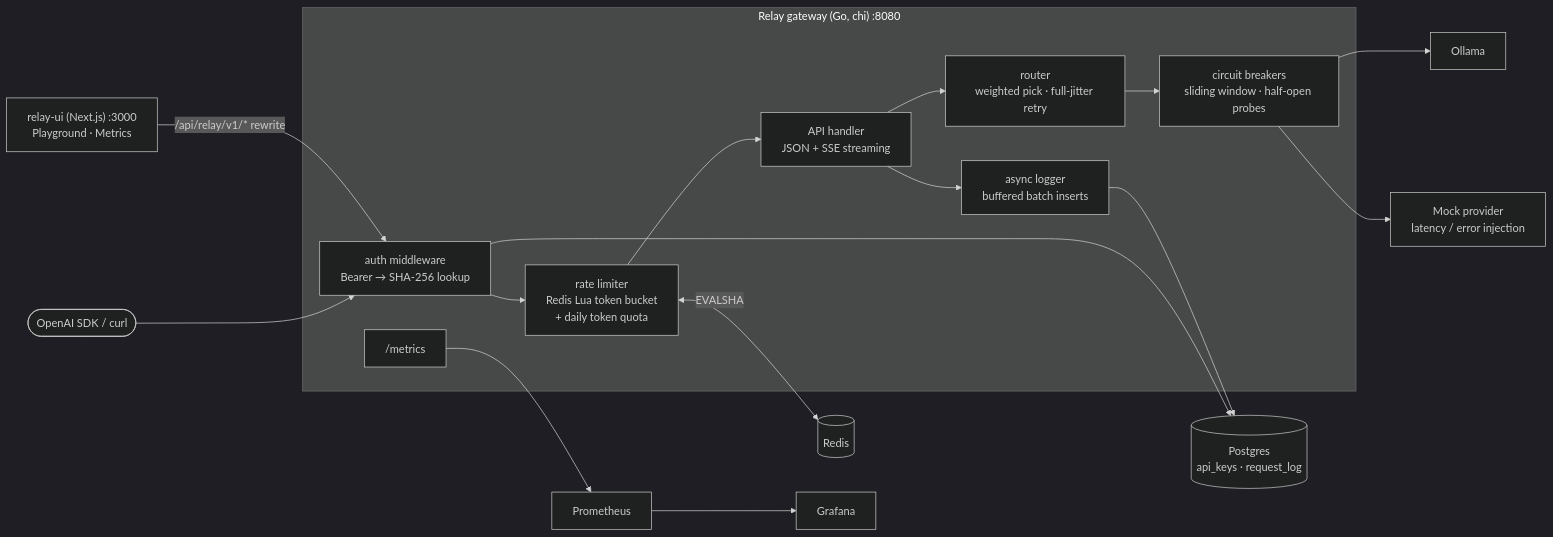
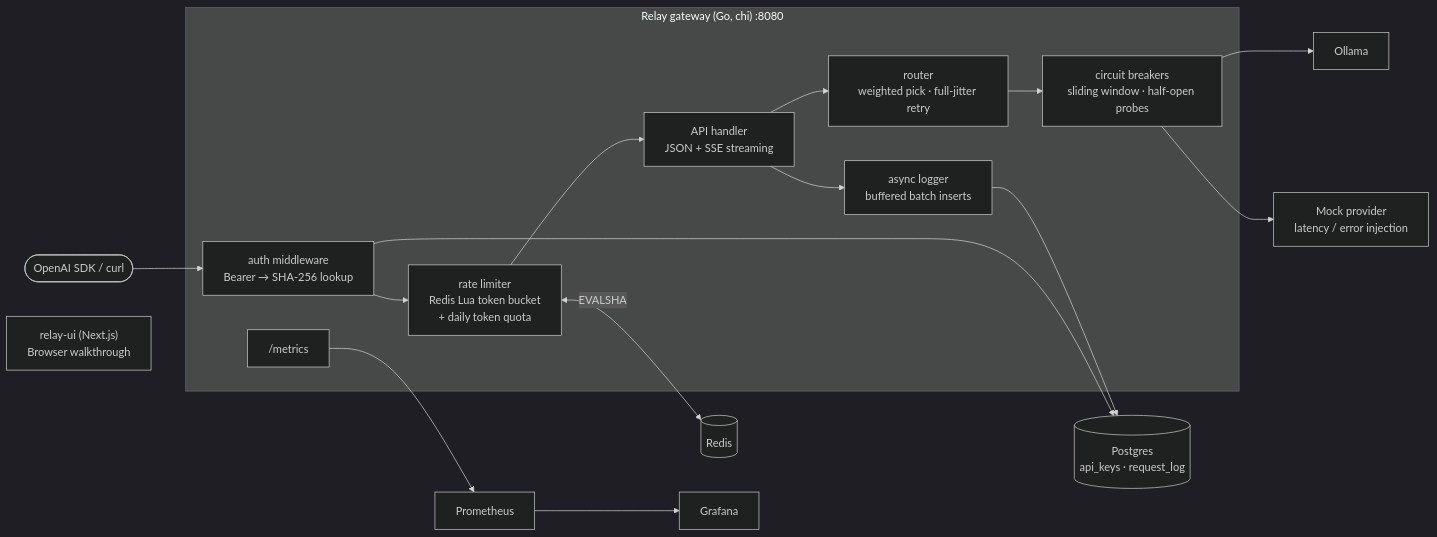
One commit to TECHMINEs/Relay changed the diagram in README.md. Above: the diagram before and after it, drawn with Mermaid (dark theme). The commit also changed other lines of this file and 14 other files, not shown here.

Commit message:
Build Relay routing and fallback browser walkthrough

````diff
--- a/README.md
+++ b/README.md
@@ -25,31 +25,30 @@
 ```mermaid
 flowchart LR
     Client(["OpenAI SDK / curl"])
-    UI["relay-ui (Next.js) :3000<br/>Playground · Metrics"]
+    UI["relay-ui (Next.js)<br/>Browser walkthrough"]
 
     subgraph Gateway["Relay gateway (Go, chi) :8080"]
         Auth["auth middleware<br/>Bearer → SHA-256 lookup"]
         RL["rate limiter<br/>Redis Lua token bucket<br/>+ daily token quota"]
         H["API handler<br/>JSON + SSE streaming"]
         R["router<br/>weighted pick · full-jitter retry"]
         CB["circuit breakers<br/>sliding window · half-open probes"]
         Log["async logger<br/>buffered batch inserts"]
         M["/metrics"]
     end
 
     Redis[("Redis")]
     PG[("Postgres<br/>api_keys · request_log")]
     Ollama["Ollama"]
     Mock["Mock provider<br/>latency / error injection"]
     Prom["Prometheus"] --> Graf["Grafana"]
 
     Client --> Auth
-    UI -->|"/api/relay/v1/* rewrite"| Auth
     Auth --> PG
     Auth --> RL <-->|EVALSHA| Redis
     RL --> H --> R --> CB
     CB --> Ollama
     CB --> Mock
     H --> Log --> PG
     M --> Prom
 ```
````
